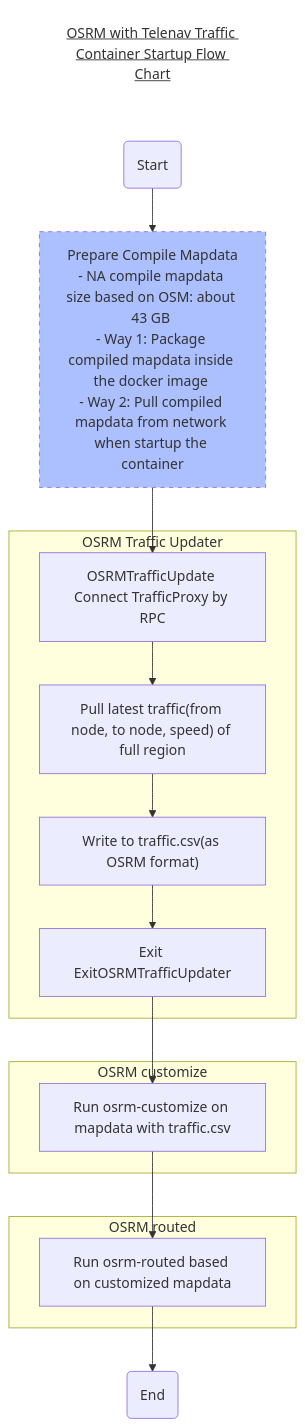
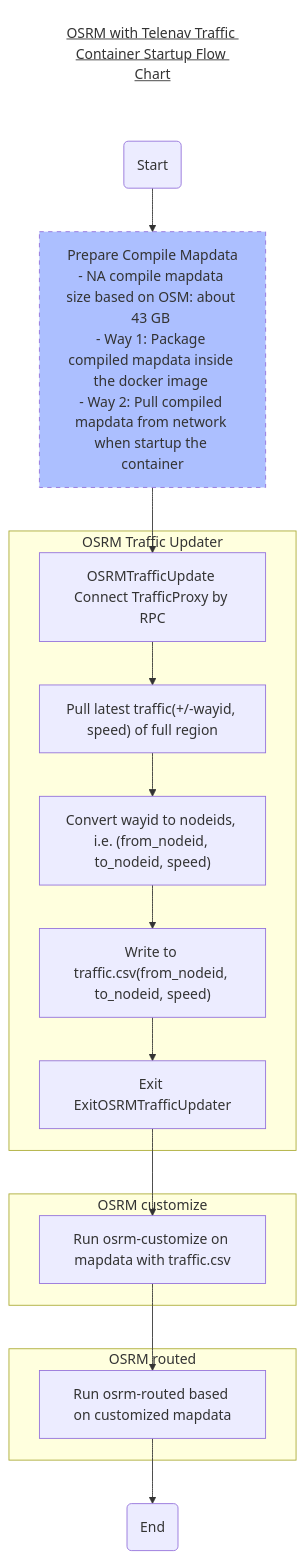
One commit to Project-OSRM/osrm-backend changed the diagram in docs/design/graph/osrm-with-traffic-startup-flow-chart.mmd. Above: the diagram before and after it, drawn with Mermaid. The commit also changed 6 other files, not shown here.

```diff
--- a/docs/design/graph/osrm-with-traffic-startup-flow-chart.mmd
+++ b/docs/design/graph/osrm-with-traffic-startup-flow-chart.mmd
@@ -1,31 +1,32 @@
 %% Call below command to convert .mmd to .png
 %%  Adjust -w or -H if necessary
 %% mmdc -p puppeteer-config.json -i osrm-with-traffic-startup-flow-chart.mmd -o osrm-with-traffic-startup-flow-chart.mmd.png
 
 graph TD
 
 Title[<u>OSRM with Telenav Traffic Container Startup Flow Chart</u>]
 Title-->Start
 style Title fill:#FFF,stroke:#FFF
 linkStyle 0 stroke:#FFF,stroke-width:0;
 
 Start("Start") --> PrepareCompiledMapdata["Prepare Compile Mapdata<p></p>- NA compile mapdata size based on OSM: about 43 GB <p></p>- Way 1: Package compiled mapdata inside the docker image <p></p>- Way 2: Pull compiled mapdata from network when startup the container "]
 style PrepareCompiledMapdata fill:#acbfff,stroke-dasharray: 5, 5
 
 PrepareCompiledMapdata --> ConnectTrafficProxy["OSRMTrafficUpdate Connect TrafficProxy by RPC"]
 
 subgraph OSRM Traffic Updater
-ConnectTrafficProxy --> PullLatestTraffic["Pull latest traffic(from node, to node, speed) of full region"]
-PullLatestTraffic --> WriteToCSV["Write to traffic.csv(as OSRM format)"]
+ConnectTrafficProxy --> PullLatestTraffic["Pull latest traffic(+/-wayid, speed) of full region"]
+PullLatestTraffic --> ConvertWayid2NodeIds["Convert wayid to nodeids, i.e. (from_nodeid, to_nodeid, speed)"]
+ConvertWayid2NodeIds --> WriteToCSV["Write to traffic.csv(from_nodeid, to_nodeid, speed)"]
 WriteToCSV --> ExitOSRMTrafficUpdater["Exit ExitOSRMTrafficUpdater"]
 end
 
 subgraph OSRM customize
 ExitOSRMTrafficUpdater --> OSRMCustomize["Run osrm-customize on mapdata with traffic.csv"]
 end
 
 subgraph OSRM routed
 OSRMCustomize --> OSRMRouted["Run osrm-routed based on customized mapdata"]
 end
 
 OSRMRouted --> End("End")
```
